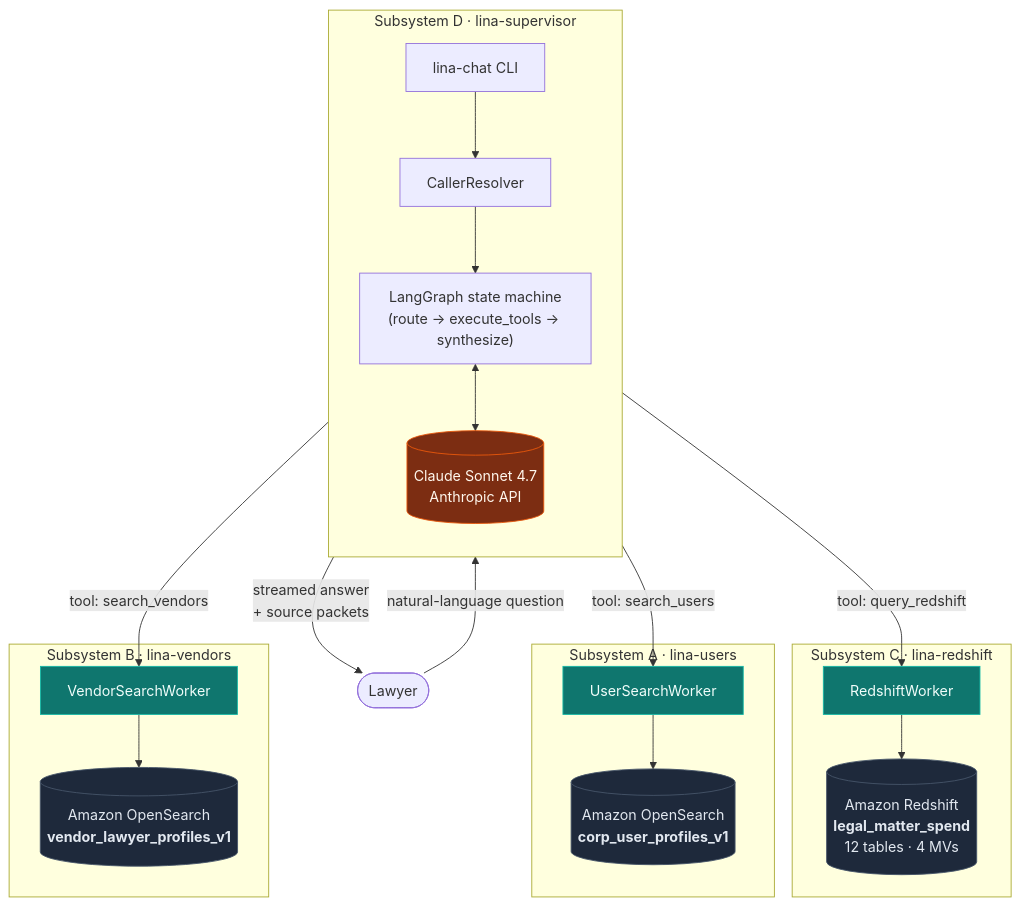
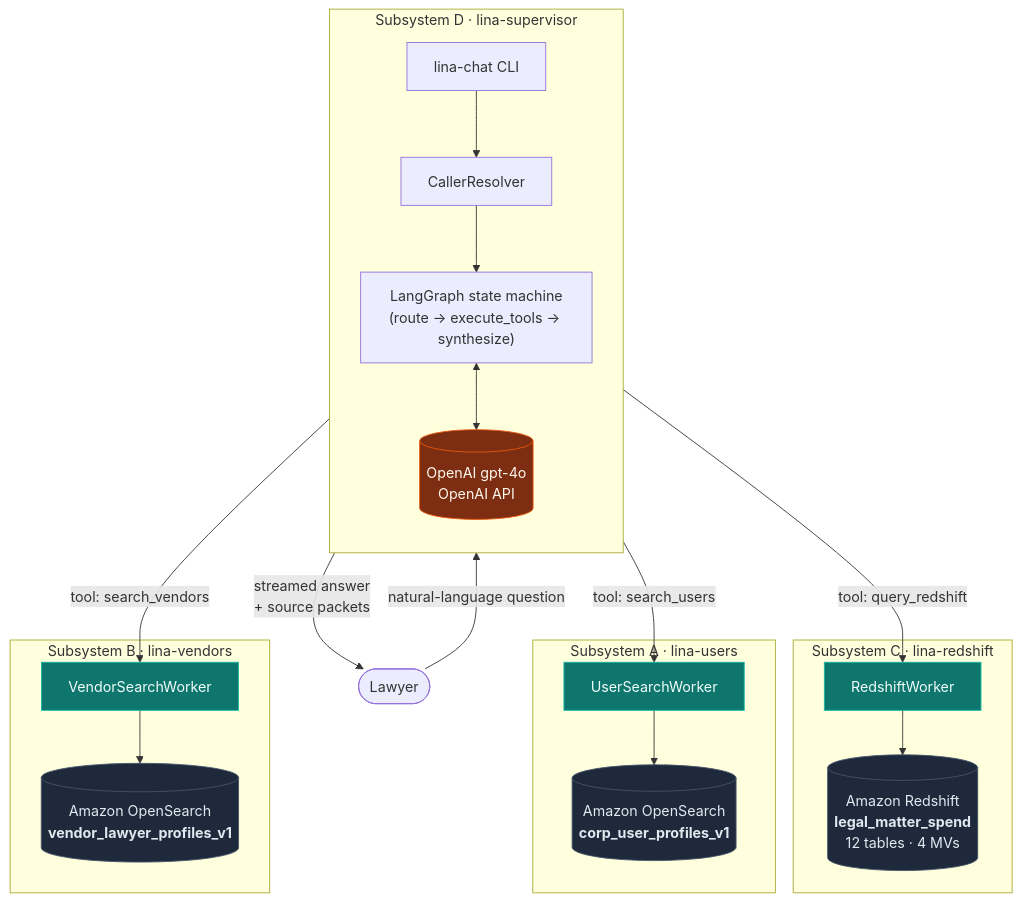
Before and after one commit to koosha/lina: the diagram in README.md, drawn with Mermaid. The commit also changed other lines of this file and 20 other files, not shown here.

Commit message:
feat(supervisor): swap LLM provider to gpt-4o

````diff
--- a/README.md
+++ b/README.md
@@ -11,37 +11,37 @@
 ```mermaid
 graph TB
     User([Lawyer])
     User -->|"natural-language question"| Chat[lina-chat CLI]
 
     subgraph D["Subsystem D · lina-supervisor"]
         direction TB
         Chat --> Resolver[CallerResolver]
         Resolver --> Graph["LangGraph state machine<br/>(route → execute_tools → synthesize)"]
-        Graph <--> Claude[(Claude Sonnet 4.7<br/>Anthropic API)]
+        Graph <--> LLM[(OpenAI gpt-4o<br/>OpenAI API)]
     end
 
     Graph -->|tool: query_redshift| RedshiftWorker
     Graph -->|tool: search_users| UserSearchWorker
     Graph -->|tool: search_vendors| VendorSearchWorker
 
     subgraph C["Subsystem C · lina-redshift"]
         RedshiftWorker --> RS[("Amazon Redshift<br/><b>legal_matter_spend</b><br/>12 tables · 4 MVs")]
     end
 
     subgraph A["Subsystem A · lina-users"]
         UserSearchWorker --> OS1[("Amazon OpenSearch<br/><b>corp_user_profiles_v1</b>")]
     end
 
     subgraph B["Subsystem B · lina-vendors"]
         VendorSearchWorker --> OS2[("Amazon OpenSearch<br/><b>vendor_lawyer_profiles_v1</b>")]
     end
 
     Graph -->|"streamed answer<br/>+ source packets"| User
 
     classDef backend fill:#1e293b,stroke:#475569,color:#e2e8f0
     classDef worker fill:#0f766e,stroke:#14b8a6,color:#f0fdfa
     classDef llm fill:#7c2d12,stroke:#ea580c,color:#fff7ed
     class RS,OS1,OS2 backend
     class RedshiftWorker,UserSearchWorker,VendorSearchWorker worker
-    class Claude llm
+    class LLM llm
 ```
````
